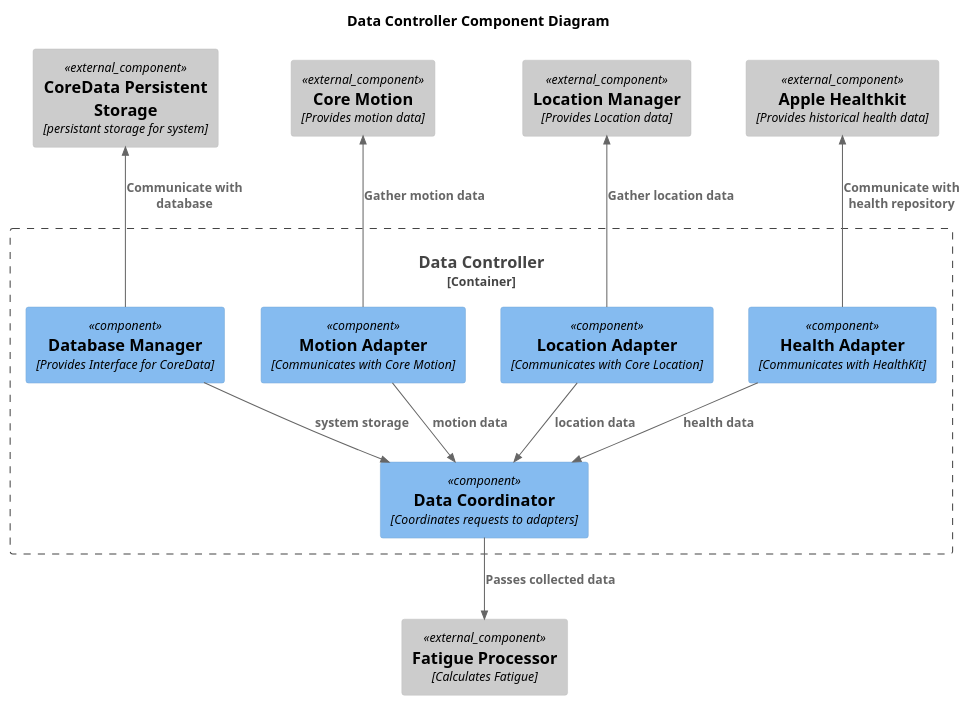
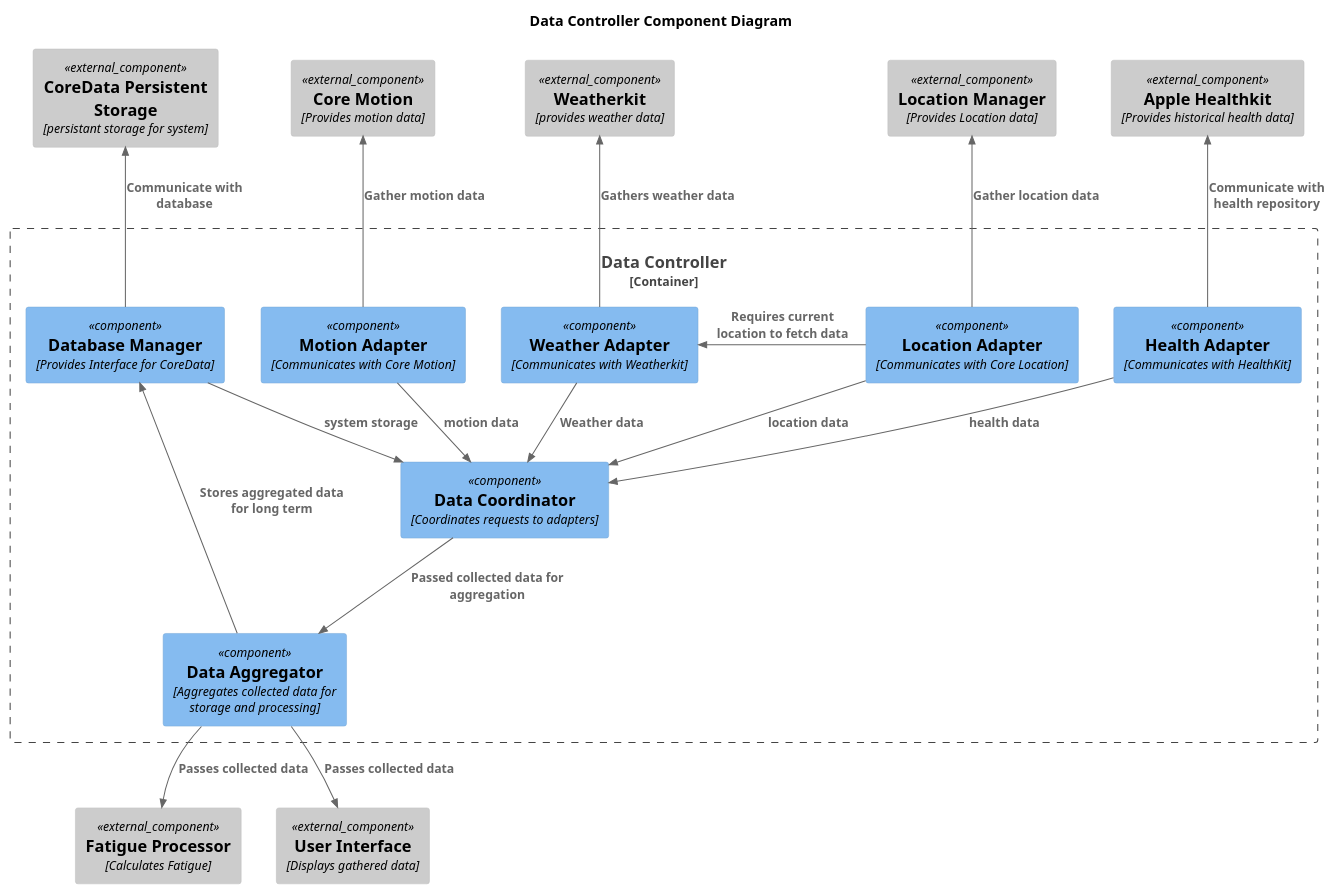
Before and after one commit to VC-658-Team/VC-658: the diagram in diagrams/component/data-controller-component-diagram.puml, drawn with PlantUML. The commit also changed 7 other files, not shown here.

Commit message:
finishing diagrams

```diff
--- a/diagrams/component/data-controller-component-diagram.puml
+++ b/diagrams/component/data-controller-component-diagram.puml
@@ -1,39 +1,52 @@
 @startuml data-controller-component-diagram
 !include https://raw.githubusercontent.com/plantuml-stdlib/C4-PlantUML/master/C4_Component.puml
 
 title "Data Controller Component Diagram"
 
 
 Container_Boundary(controller, "Data Controller") {
     Component(healthAdpt, "Health Adapter", "Communicates with HealthKit")
     Component(locationAdpt, "Location Adapter", "Communicates with Core Location")
-    Component(MotionAdpt, "Motion Adapter", "Communicates with Core Motion")
+    Component(weatherAdpt, "Weather Adapter", "Communicates with Weatherkit")
+    Component(motionAdpt, "Motion Adapter", "Communicates with Core Motion")
     Component(dbGateway, "Database Manager", "Provides Interface for CoreData")
     Component(coordinator, "Data Coordinator", "Coordinates requests to adapters")
+    Component(aggregator, "Data Aggregator", "Aggregates collected data for storage and processing")
 }
 
 Component_Ext(healthkit, "Apple Healthkit", "Provides historical health data")
 Component_Ext(coreLocation, "Location Manager", "Provides Location data")
+Component_Ext(weatherkit, "Weatherkit", "provides weather data")
 Component_Ext(coreMotion, "Core Motion", "Provides motion data")
 Component_Ext(coreData, "CoreData Persistent Storage", "persistant storage for system")
 Component_Ext(fatigueProc, "Fatigue Processor", "Calculates Fatigue")
+Component_Ext(ui, "User Interface", "Displays gathered data")
+
 
 ' External relations
 Rel_U(healthAdpt, healthkit, "Communicate with health repository")
 Rel_U(locationAdpt, coreLocation, "Gather location data")
-Rel_U(MotionAdpt, coreMotion, "Gather motion data")
+Rel_U(weatherAdpt, weatherkit, "Gathers weather data") 
+
+Rel_U(motionAdpt, coreMotion, "Gather motion data")
 Rel_U(dbGateway, coreData, "Communicate with database")
 
 
 ' Internal relations
 Rel(healthAdpt, coordinator, "health data")
 Rel(locationAdpt, coordinator, "location data")
-Rel(MotionAdpt, coordinator, "motion data")
+Rel_R(locationAdpt, weatherAdpt, "Requires current location to fetch data")
+Rel(weatherAdpt, coordinator, "Weather data")
+Rel(motionAdpt, coordinator, "motion data")
 Rel(dbGateway, coordinator, "system storage")
 
-Rel(coordinator, fatigueProc, "Passes collected data")
+Rel_D(coordinator, aggregator, "Passed collected data for aggregation")
+Rel_L(aggregator, dbGateway, "Stores aggregated data for long term")
+
+Rel(aggregator, fatigueProc, "Passes collected data")
+Rel(aggregator, ui, "Passes collected data")
 
 
 
 
 @enduml
```
